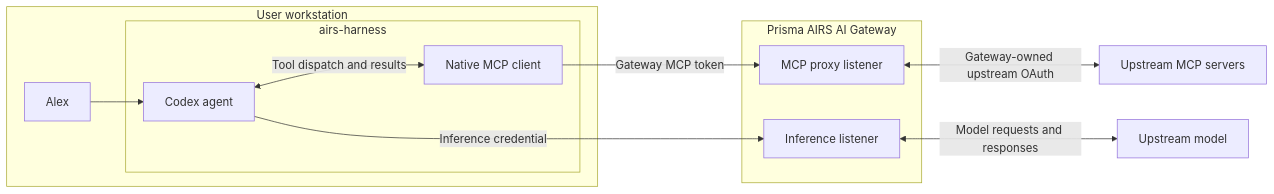
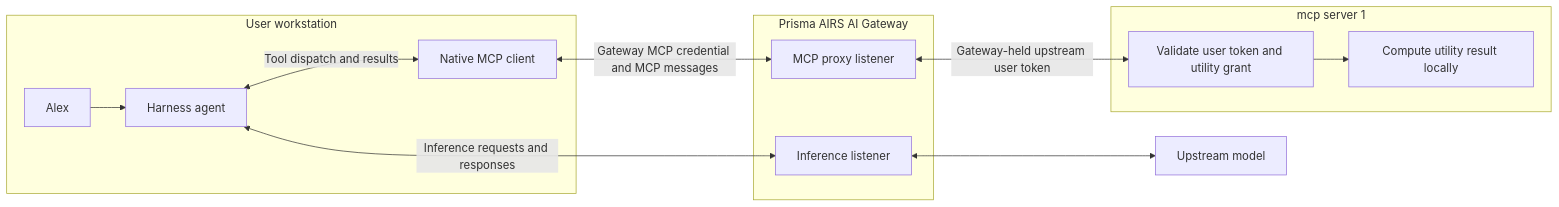
One commit to cdot65/prisma-airs-reference-architecture changed the first of 2 diagrams in docs/architecture.md. Above: the diagram before and after it, drawn with Mermaid. The commit also changed other lines of this file and 20 other files, not shown here.

````diff
--- a/docs/architecture.md
+++ b/docs/architecture.md
@@ -13,24 +13,23 @@
 ```mermaid
 flowchart LR
-    accTitle: Inference and MCP both traverse AI Gateway
-    accDescr: Inside airs-harness, the agent sends inference to the gateway inference listener and the native MCP client sends tool calls to the gateway MCP proxy. Only the gateway connects to upstream models and MCP servers. The gateway owns upstream MCP OAuth.
+    accTitle: Inference and local utility execution through AI Gateway
+    accDescr: The harness sends inference to the gateway model listener and MCP to its proxy listener. The gateway calls an upstream model or mcp server 1. Utility execution ends on mcp server 1 and results return through the gateway.
     subgraph workstation ["User workstation"]
-        user["Alex"]
-        subgraph harness ["airs-harness"]
-            agent["Codex agent"]
-            client["Native MCP client"]
-        end
-        user --> agent
-        agent <-->|"Tool dispatch and results"| client
+        user["Alex"] --> agent["Harness agent"]
+        agent <-->|"Tool dispatch and results"| client["Native MCP client"]
     end
     subgraph gateway ["Prisma AIRS AI Gateway"]
         inference["Inference listener"]
-        mcp["MCP proxy listener"]
+        proxy["MCP proxy listener"]
     end
     model["Upstream model"]
-    upstream["Upstream MCP servers"]
-    agent -->|"Inference credential"| inference
-    client -->|"Gateway MCP token"| mcp
-    inference <-->|"Model requests and responses"| model
-    mcp <-->|"Gateway-owned upstream OAuth"| upstream
+    subgraph server ["mcp server 1"]
+        auth["Validate user token and utility grant"]
+        utilities["Compute utility result locally"]
+        auth --> utilities
+    end
+    agent <-->|"Inference requests and responses"| inference
+    inference <--> model
+    client <-->|"Gateway MCP credential and MCP messages"| proxy
+    proxy <-->|"Gateway-held upstream user token"| auth
 ```
````
